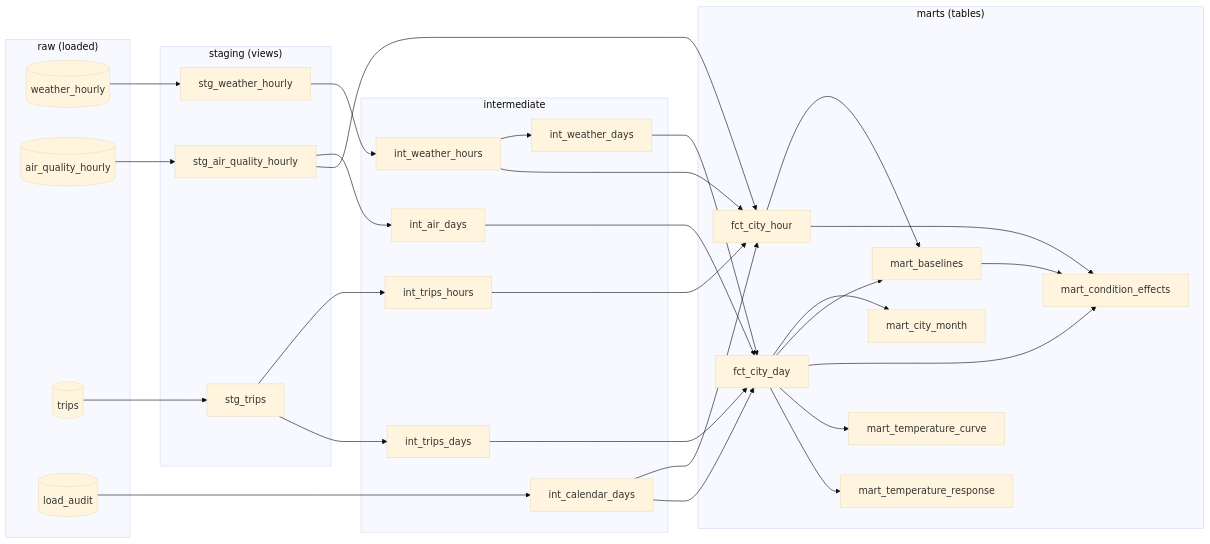
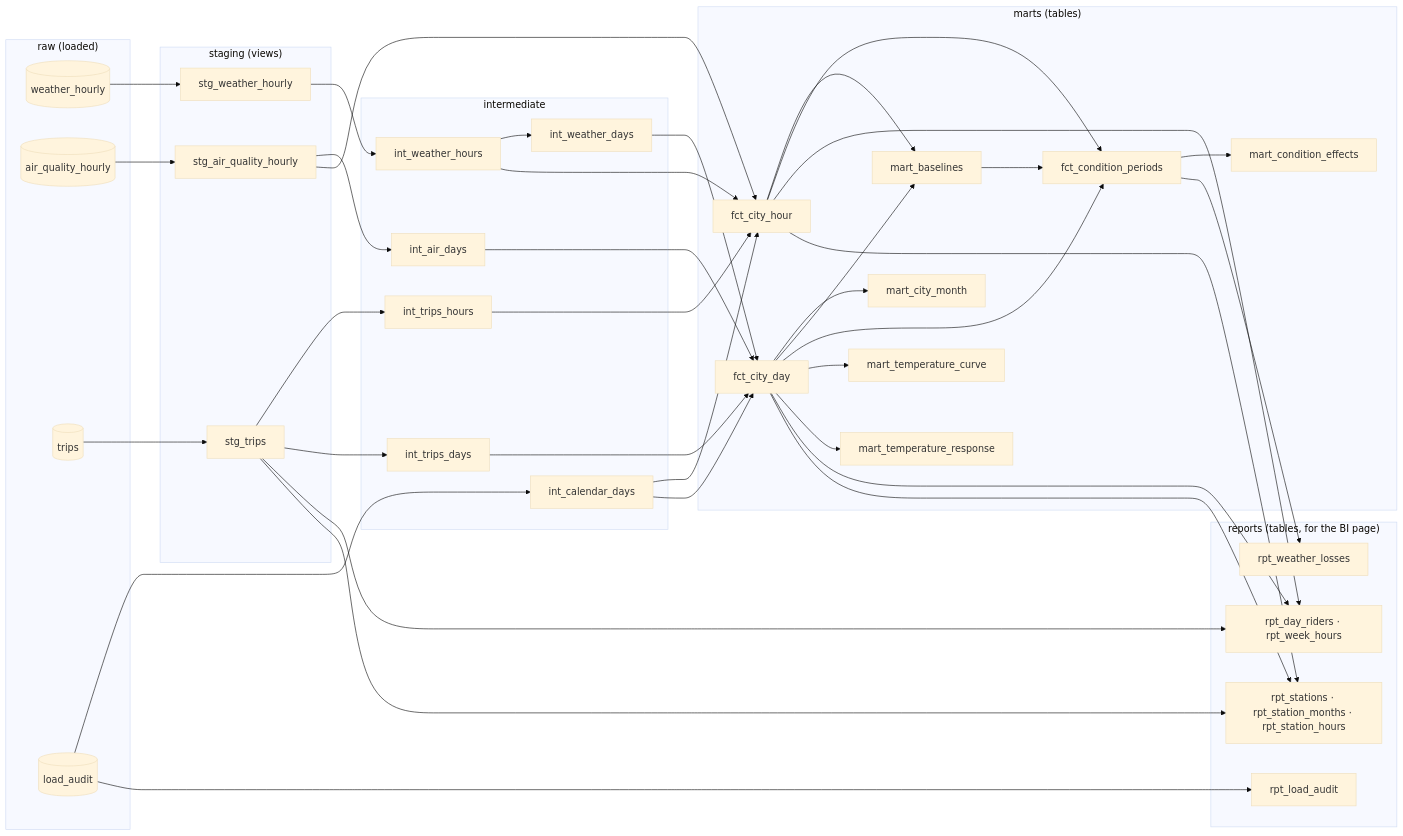
One commit to TomasRipsky/CityPulse_Analytics changed the second of 3 diagrams in docs/guide.md. Above: the diagram before and after it, drawn with Mermaid (base theme). The commit also changed other lines of this file and 19 other files, not shown here.

````diff
--- a/docs/guide.md
+++ b/docs/guide.md
@@ -540,41 +540,51 @@
 ```mermaid
 flowchart LR
   subgraph raw["raw (loaded)"]
     w[(weather_hourly)]
     a[(air_quality_hourly)]
     t[(trips)]
     la[(load_audit)]
   end
   subgraph stg["staging (views)"]
     sw[stg_weather_hourly]
     sa[stg_air_quality_hourly]
     st[stg_trips]
   end
   subgraph int["intermediate"]
     iwh[int_weather_hours]
     iwd[int_weather_days]
     iad[int_air_days]
     ith[int_trips_hours]
     itd[int_trips_days]
     cal[int_calendar_days]
   end
   subgraph marts["marts (tables)"]
     fh[fct_city_hour]
     fd[fct_city_day]
     m[mart_city_month]
     base[mart_baselines]
+    cp[fct_condition_periods]
     ce[mart_condition_effects]
     tc[mart_temperature_curve]
     tr[mart_temperature_response]
   end
   w --> sw --> iwh --> iwd
   a --> sa --> iad
   t --> st --> ith & itd
   la --> cal
   iwh & ith & cal & sa --> fh
   cal & iwd & iad & itd --> fd
   fd --> m
-  fh & fd --> base --> ce
-  fh & fd --> ce
+  fh & fd --> base --> cp --> ce
+  fh & fd --> cp
   fd --> tc & tr
+  subgraph rpt["reports (tables, for the BI page)"]
+    r1[rpt_day_riders · rpt_week_hours]
+    r2[rpt_stations · rpt_station_months · rpt_station_hours]
+    r3[rpt_weather_losses]
+    r4[rpt_load_audit]
+  end
+  st & fd & fh --> r1 & r2
+  cp --> r3
+  la --> r4
 ```
````
